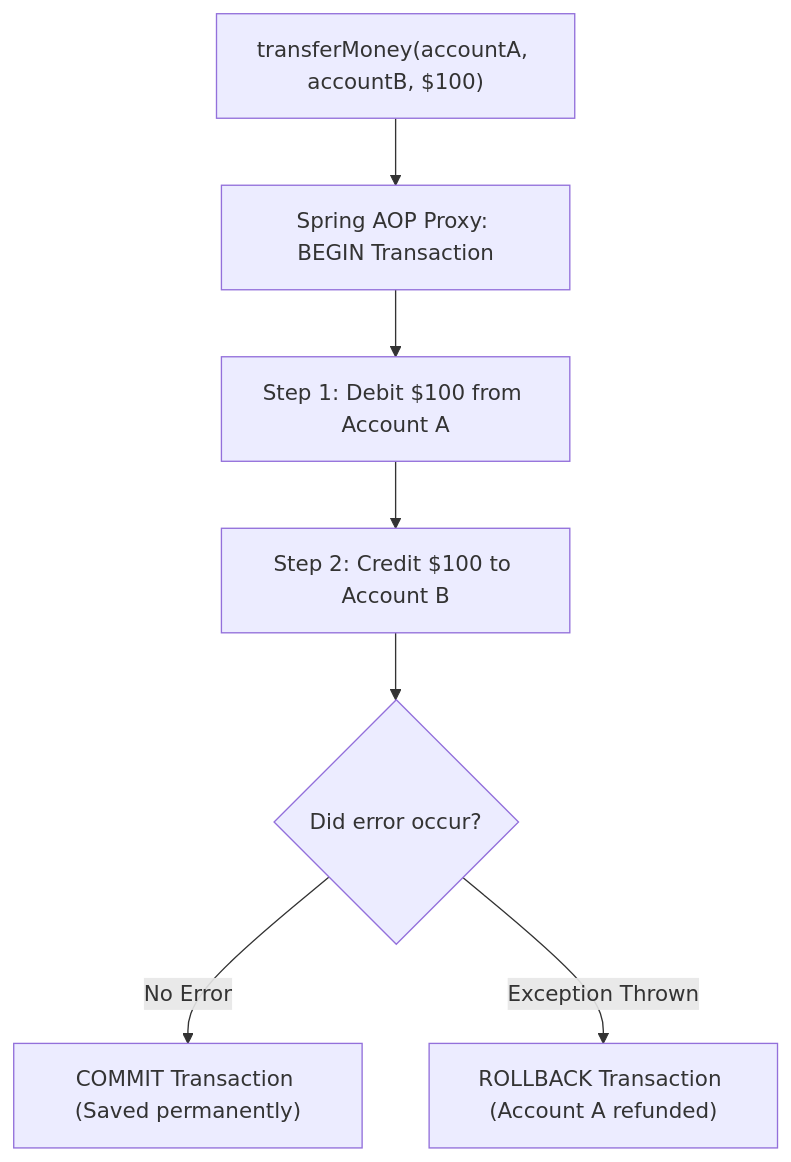
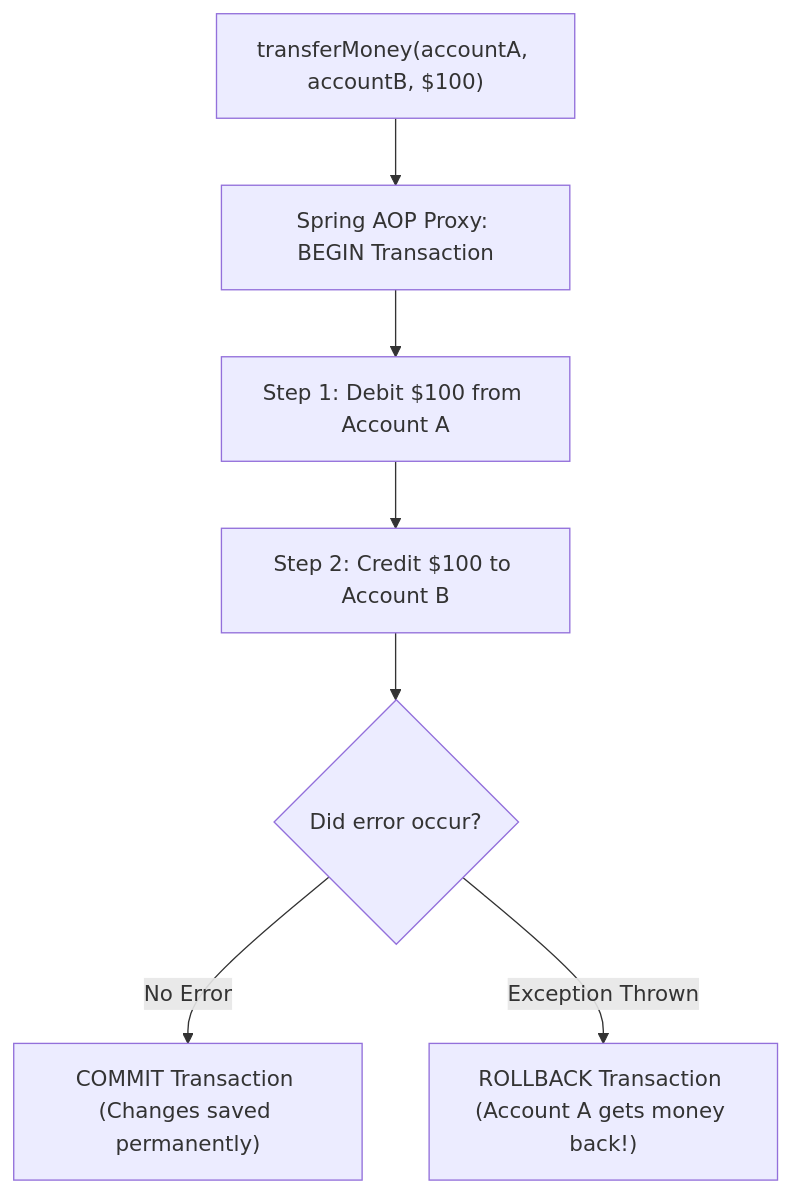
One commit to rohithgowda18/Notes changed the tenth of 23 diagrams in 06-Java-and-Spring-Boot/Spring Boot Interview Guide.md. Above: the diagram before and after it, drawn with Mermaid. The commit also changed other lines of this file, not shown here.

Commit message:
revert(spring-boot): restore guide to commit 2ed1591

````diff
--- a/06-Java-and-Spring-Boot/Spring Boot Interview Guide.md
+++ b/06-Java-and-Spring-Boot/Spring Boot Interview Guide.md
@@ -582,9 +565,9 @@
 ```mermaid
 flowchart TD
     Call["transferMoney(accountA, accountB, $100)"] --> Start["Spring AOP Proxy: BEGIN Transaction"]
     Start --> Op1["Step 1: Debit $100 from Account A"]
     Op1 --> Op2["Step 2: Credit $100 to Account B"]
-    Op2 --> Check{"Did error occur?"}
-    Check -->|"No Error"| Commit["COMMIT Transaction (Saved permanently)"]
-    Check -->|"Exception Thrown"| Rollback["ROLLBACK Transaction (Account A refunded)"]
+    Op2 --> Check{Did error occur?}
+    Check -->|No Error| Commit["COMMIT Transaction (Changes saved permanently)"]
+    Check -->|Exception Thrown| Rollback["ROLLBACK Transaction (Account A gets money back!)"]
 ```
````
